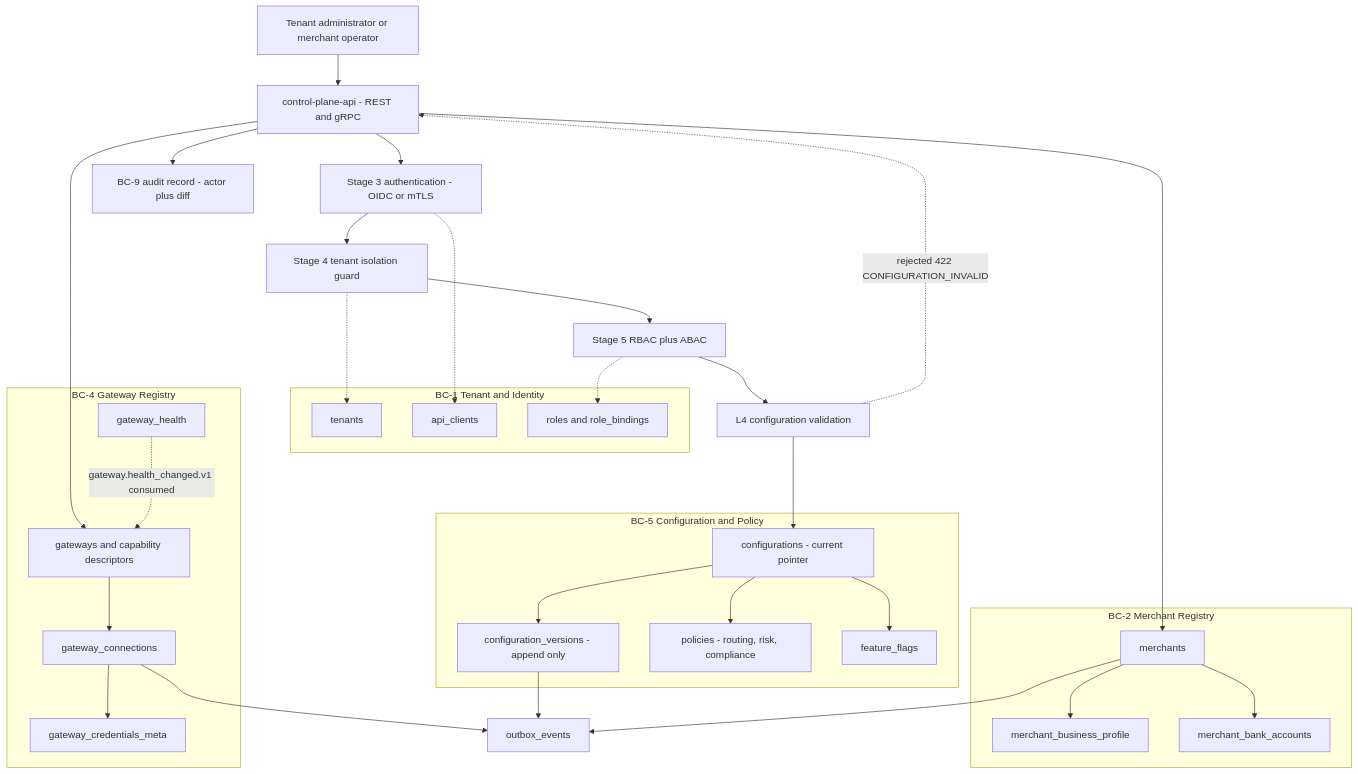
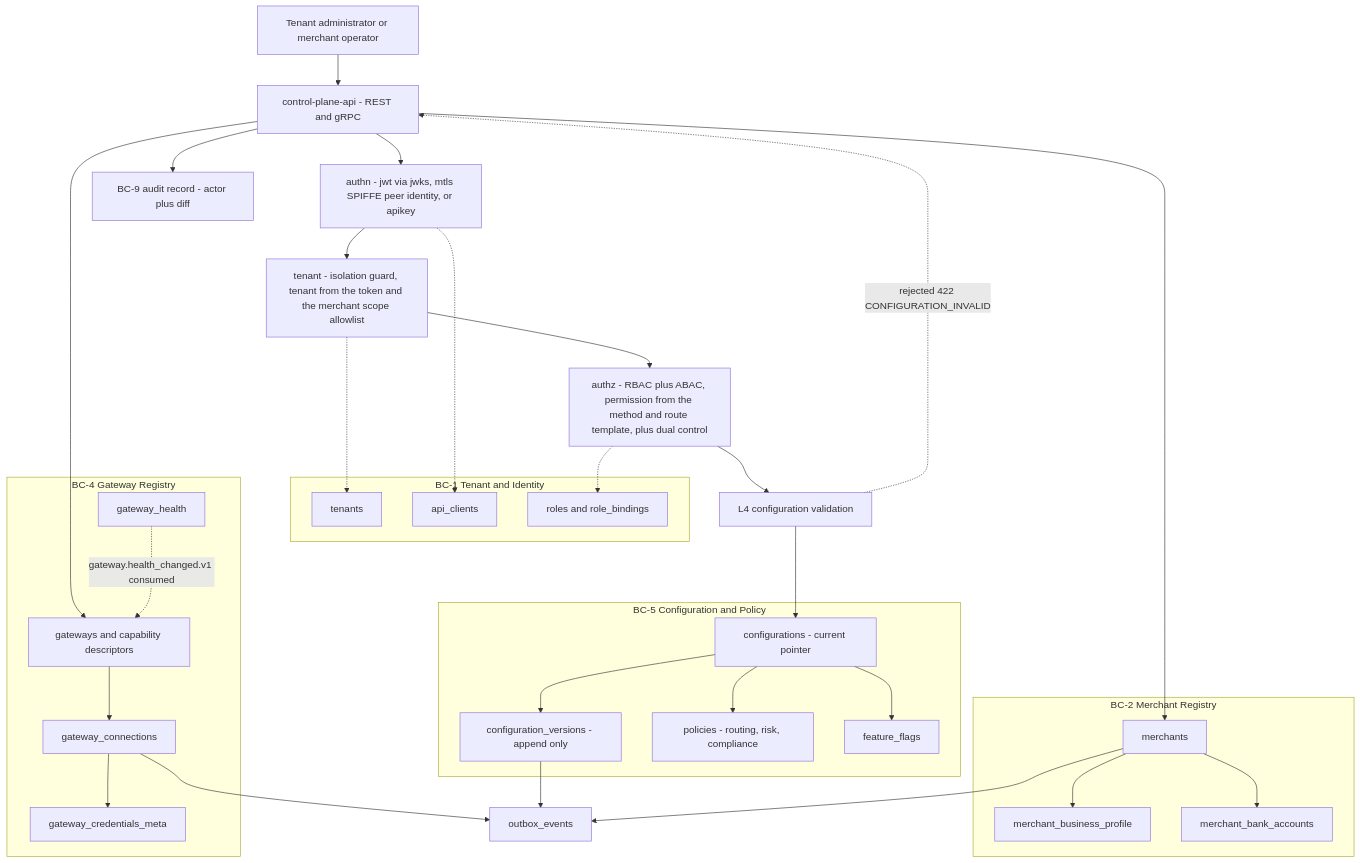
One commit to udaykishore-resu/payments-platform changed the first of 2 diagrams in docs/diagrams/03-control-plane.md. Above: the diagram before and after it, drawn with Mermaid. The commit also changed other lines of this file and 67 other files, not shown here.

````diff
--- a/docs/diagrams/03-control-plane.md
+++ b/docs/diagrams/03-control-plane.md
@@ -16,61 +16,61 @@
 ```mermaid
 flowchart TB
   ADMIN["Tenant administrator or merchant operator"]
   CPAPI["control-plane-api - REST and gRPC"]
 
   subgraph BC1["BC-1 Tenant and Identity"]
     TEN["tenants"]
     CLI["api_clients"]
     RBAC["roles and role_bindings"]
   end
 
   subgraph BC2["BC-2 Merchant Registry"]
     MRC["merchants"]
     MBP["merchant_business_profile"]
     MBA["merchant_bank_accounts"]
   end
 
   subgraph BC4["BC-4 Gateway Registry"]
     GW["gateways and capability descriptors"]
     GWC["gateway_connections"]
     GCM["gateway_credentials_meta"]
     GWH["gateway_health"]
   end
 
   subgraph BC5["BC-5 Configuration and Policy"]
     CFG["configurations - current pointer"]
     CFV["configuration_versions - append only"]
     POL["policies - routing, risk, compliance"]
     FF["feature_flags"]
   end
 
-  AUTHN["Stage 3 authentication - OIDC or mTLS"]
-  GUARD["Stage 4 tenant isolation guard"]
-  AUTHZ["Stage 5 RBAC plus ABAC"]
+  AUTHN["authn - jwt via jwks, mtls SPIFFE peer identity, or apikey"]
+  GUARD["tenant - isolation guard, tenant from the token and the merchant scope allowlist"]
+  AUTHZ["authz - RBAC plus ABAC, permission from the method and route template, plus dual control"]
   L4["L4 configuration validation"]
   AUD["BC-9 audit record - actor plus diff"]
   OBX["outbox_events"]
 
   ADMIN --> CPAPI
   CPAPI --> AUTHN --> GUARD --> AUTHZ
   AUTHN -.-> CLI
   GUARD -.-> TEN
   AUTHZ -.-> RBAC
   AUTHZ --> L4
   L4 --> CFG
   L4 -.->|"rejected 422 CONFIGURATION_INVALID"| CPAPI
   CFG --> CFV
   CFG --> POL
   CFG --> FF
   CPAPI --> MRC
   MRC --> MBP
   MRC --> MBA
   CPAPI --> GW
   GW --> GWC
   GWC --> GCM
   CFV --> OBX
   MRC --> OBX
   GWC --> OBX
   CPAPI --> AUD
   GWH -.->|"gateway.health_changed.v1 consumed"| GW
 ```
````
